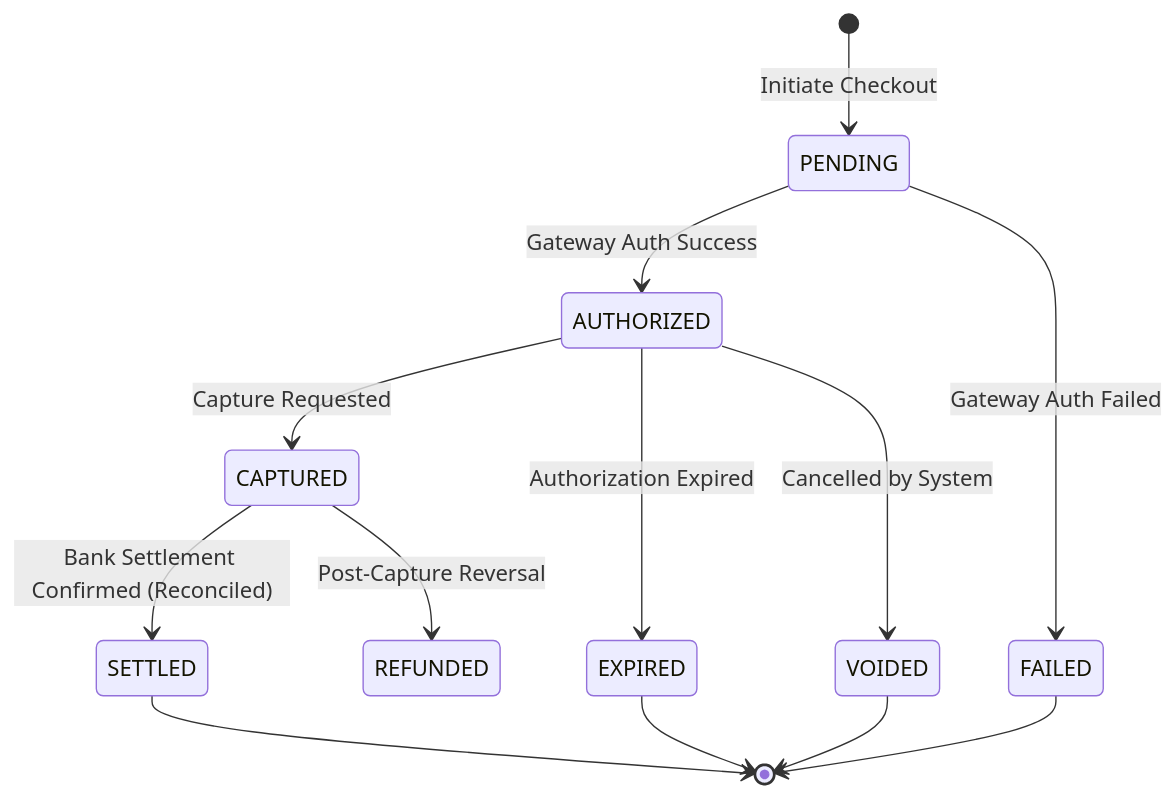
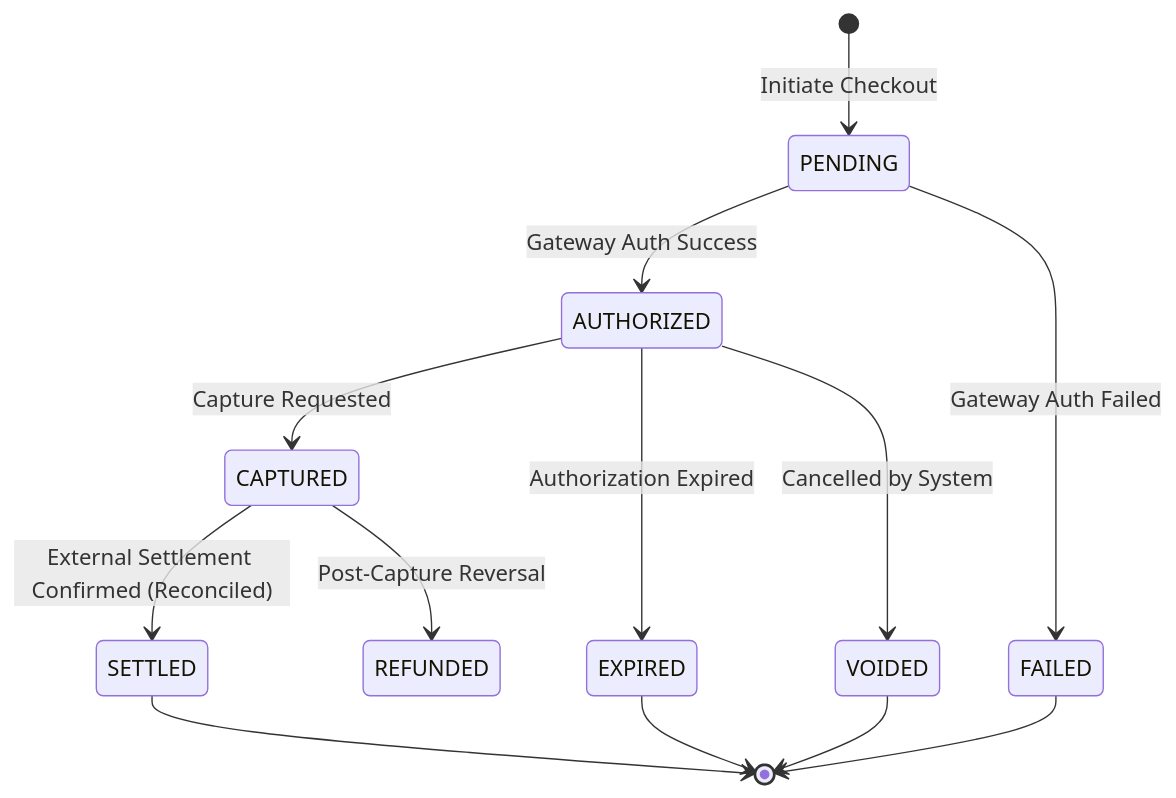
One commit to tuanhiep/tuanhiep.github.io changed the diagram in content/posts/series_2/4.global_payment_gateway_reconciliation.md. Above: the diagram before and after it, drawn with Mermaid. The commit also changed other lines of this file, not shown here.

Commit message:
Global Payment Gateway (4/4): Reconciliation & Settlement - The Architecture of Trust

````diff
--- a/content/posts/series_2/4.global_payment_gateway_reconciliation.md
+++ b/content/posts/series_2/4.global_payment_gateway_reconciliation.md
@@ -51,18 +51,18 @@
 ```mermaid
 stateDiagram-v2
     [*] --> PENDING: Initiate Checkout
     PENDING --> AUTHORIZED: Gateway Auth Success
     PENDING --> FAILED: Gateway Auth Failed
-    
+
     AUTHORIZED --> CAPTURED: Capture Requested
     AUTHORIZED --> EXPIRED: Authorization Expired
     AUTHORIZED --> VOIDED: Cancelled by System
-    
-    CAPTURED --> SETTLED: Bank Settlement Confirmed (Reconciled)
+
+    CAPTURED --> SETTLED: External Settlement Confirmed (Reconciled)
     CAPTURED --> REFUNDED: Post-Capture Reversal
-    
+
     SETTLED --> [*]
     FAILED --> [*]
     VOIDED --> [*]
     EXPIRED --> [*]
 ```
````
